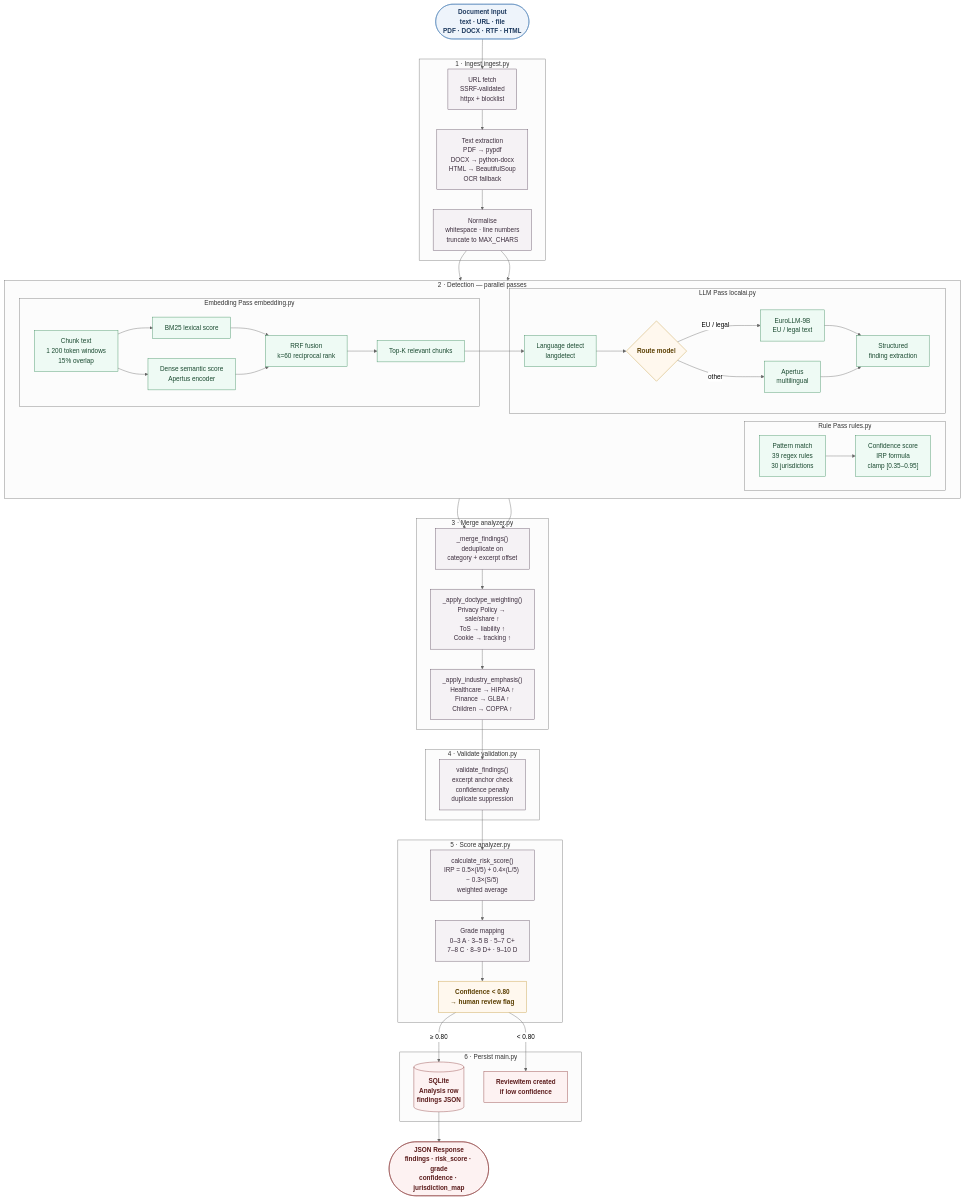
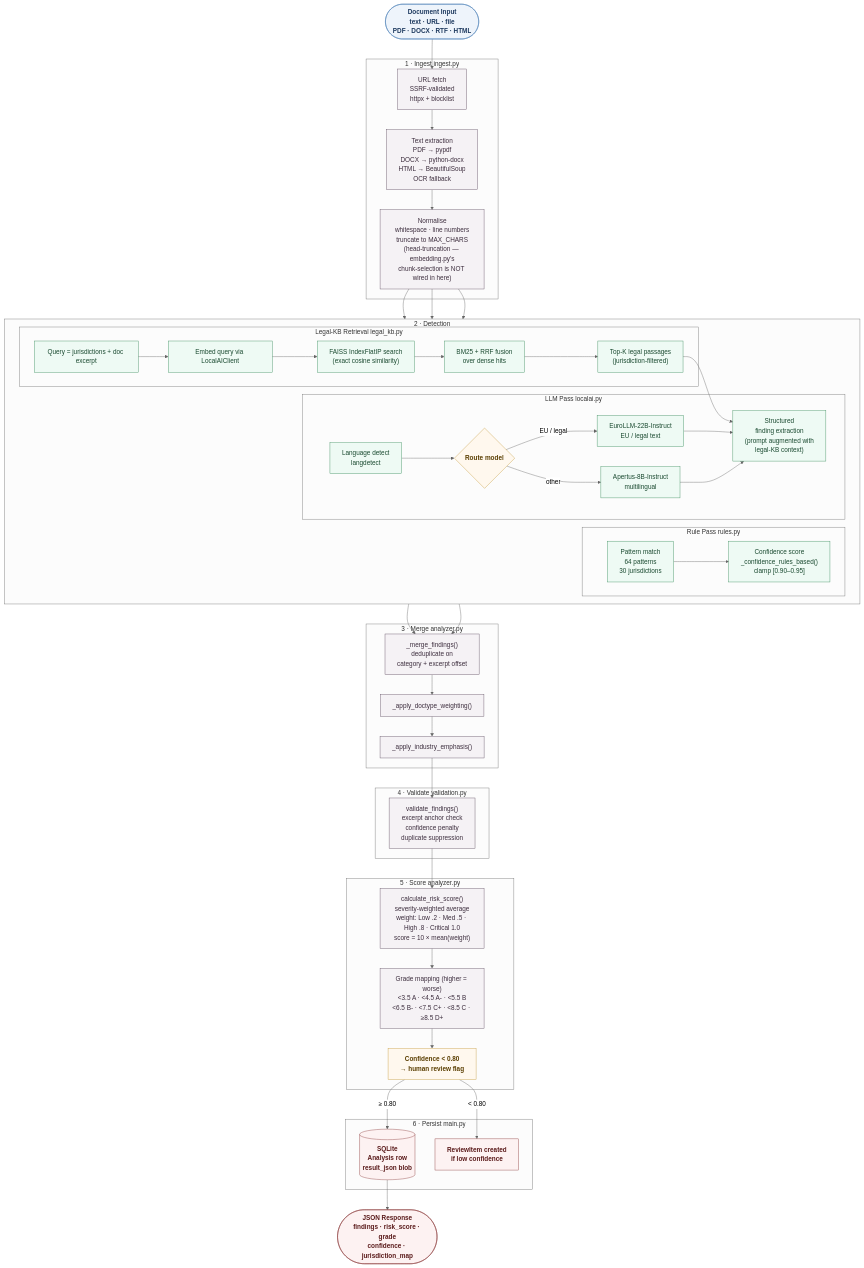
One commit to jennifer-mckinney/terms-analysis changed the third of 4 diagrams in docs/architecture-diagrams.md. Above: the diagram before and after it, drawn with Mermaid (neutral theme). The commit also changed other lines of this file and 4 other files, not shown here.

First line of the commit message:
docs: reconcile BRD/PRD/ENHANCEMENT_6/RAG-plan and diagrams with actual implementation

````diff
--- a/docs/architecture-diagrams.md
+++ b/docs/architecture-diagrams.md
@@ -164,73 +183,74 @@
 ```mermaid
 flowchart TD
     classDef input   fill:#eef4fb,stroke:#4a7fb5,color:#1e3a5f,font-weight:600
     classDef proc    fill:#f5f2f5,stroke:#5e4c5f,color:#3d2e3e
     classDef ai      fill:#eefaf4,stroke:#3a8c5c,color:#1a4a30
     classDef gate    fill:#fff8ee,stroke:#c49a3c,color:#5a3e00,font-weight:600
     classDef output  fill:#fdf2f2,stroke:#8b3a3a,color:#5a1a1a,font-weight:600
 
     INPUT(["Document Input\ntext · URL · file\nPDF · DOCX · RTF · HTML"]):::input
 
     subgraph INGEST ["1 · Ingest  ingest.py"]
         FETCH["URL fetch\nSSRF-validated\nhttpx + blocklist"]:::proc
         EXTRACT["Text extraction\nPDF → pypdf\nDOCX → python-docx\nHTML → BeautifulSoup\nOCR fallback"]:::proc
-        NORM["Normalise\nwhitespace · line numbers\ntruncate to MAX_CHARS"]:::proc
+        NORM["Normalise\nwhitespace · line numbers\ntruncate to MAX_CHARS\n(head-truncation — embedding.py's\nchunk-selection is NOT wired in here)"]:::proc
     end
 
-    subgraph PARALLEL ["2 · Detection  — parallel passes"]
+    subgraph PARALLEL ["2 · Detection"]
         direction LR
         subgraph RULES_PASS ["Rule Pass  rules.py"]
-            RP1["Pattern match\n39 regex rules\n30 jurisdictions"]:::ai
-            RP2["Confidence score\nIRP formula\nclamp [0.35–0.95]"]:::ai
+            RP1["Pattern match\n64 patterns\n30 jurisdictions"]:::ai
+            RP2["Confidence score\n_confidence_rules_based()\nclamp [0.90–0.95]"]:::ai
         end
-        subgraph EMBED_PASS ["Embedding Pass  embedding.py"]
-            EP1["Chunk text\n1 200 token windows\n15% overlap"]:::ai
-            EP2["BM25 lexical score"]:::ai
-            EP3["Dense semantic score\nApertus encoder"]:::ai
-            EP4["RRF fusion\nk=60 reciprocal rank"]:::ai
-            EP5["Top-K relevant chunks"]:::ai
+        subgraph LEGALKB_PASS ["Legal-KB Retrieval  legal_kb.py"]
+            LK1["Query = jurisdictions + doc excerpt"]:::ai
+            LK2["Embed query via LocalAIClient"]:::ai
+            LK3["FAISS IndexFlatIP search\n(exact cosine similarity)"]:::ai
+            LK4["BM25 + RRF fusion\nover dense hits"]:::ai
+            LK5["Top-K legal passages\n(jurisdiction-filtered)"]:::ai
         end
         subgraph LLM_PASS ["LLM Pass  localai.py"]
             LP1["Language detect\nlangdetect"]:::ai
             LP2{"Route model"}:::gate
-            LP3["EuroLLM-9B\nEU / legal text"]:::ai
-            LP4["Apertus\nmultilingual"]:::ai
-            LP5["Structured\nfinding extraction"]:::ai
+            LP3["EuroLLM-22B-Instruct\nEU / legal text"]:::ai
+            LP4["Apertus-8B-Instruct\nmultilingual"]:::ai
+            LP5["Structured\nfinding extraction\n(prompt augmented with\nlegal-KB context)"]:::ai
         end
     end
 
     subgraph MERGE ["3 · Merge  analyzer.py"]
         MRG["_merge_findings()\ndeduplicate on\ncategory + excerpt offset"]:::proc
-        DWT["_apply_doctype_weighting()\nPrivacy Policy → sale/share ↑\nToS → liability ↑\nCookie → tracking ↑"]:::proc
-        IND["_apply_industry_emphasis()\nHealthcare → HIPAA ↑\nFinance → GLBA ↑\nChildren → COPPA ↑"]:::proc
+        DWT["_apply_doctype_weighting()"]:::proc
+        IND["_apply_industry_emphasis()"]:::proc
     end
 
     subgraph VALIDATE ["4 · Validate  validation.py"]
         VAL["validate_findings()\nexcerpt anchor check\nconfidence penalty\nduplicate suppression"]:::proc
     end
 
     subgraph SCORE ["5 · Score  analyzer.py"]
-        RISK["calculate_risk_score()\nIRP = 0.5×(I/5) + 0.4×(L/5) − 0.3×(S/5)\nweighted average"]:::proc
-        GRADE["Grade mapping\n0–3 A · 3–5 B · 5–7 C+\n7–8 C · 8–9 D+ · 9–10 D"]:::proc
+        RISK["calculate_risk_score()\nseverity-weighted average\nweight: Low .2 · Med .5 · High .8 · Critical 1.0\nscore = 10 × mean(weight)"]:::proc
+        GRADE["Grade mapping (higher = worse)\n&lt;3.5 A · &lt;4.5 A- · &lt;5.5 B\n&lt;6.5 B- · &lt;7.5 C+ · &lt;8.5 C · ≥8.5 D+"]:::proc
         CONF["Confidence < 0.80\n→ human review flag"]:::gate
     end
 
     subgraph PERSIST ["6 · Persist  main.py"]
-        DB[("SQLite\nAnalysis row\nfindings JSON")]:::output
+        DB[("SQLite\nAnalysis row\nresult_json blob")]:::output
         REV["ReviewItem created\nif low confidence"]:::output
     end
 
     RESPONSE(["JSON Response\nfindings · risk_score · grade\nconfidence · jurisdiction_map"]):::output
 
     INPUT --> FETCH --> EXTRACT --> NORM
     NORM --> RP1 --> RP2
-    NORM --> EP1 --> EP2 & EP3 --> EP4 --> EP5 --> LP1
-    LP1 --> LP2
+    NORM --> LK1 --> LK2 --> LK3 --> LK4 --> LK5
+    NORM --> LP1 --> LP2
+    LK5 --> LP5
     LP2 -->|"EU / legal"| LP3 --> LP5
     LP2 -->|"other"| LP4 --> LP5
     RP2 & LP5 --> MRG --> DWT --> IND
     IND --> VAL --> RISK --> GRADE --> CONF
     CONF -->|"≥ 0.80"| DB
     CONF -->|"< 0.80"| REV
     DB --> RESPONSE
 ```
````
